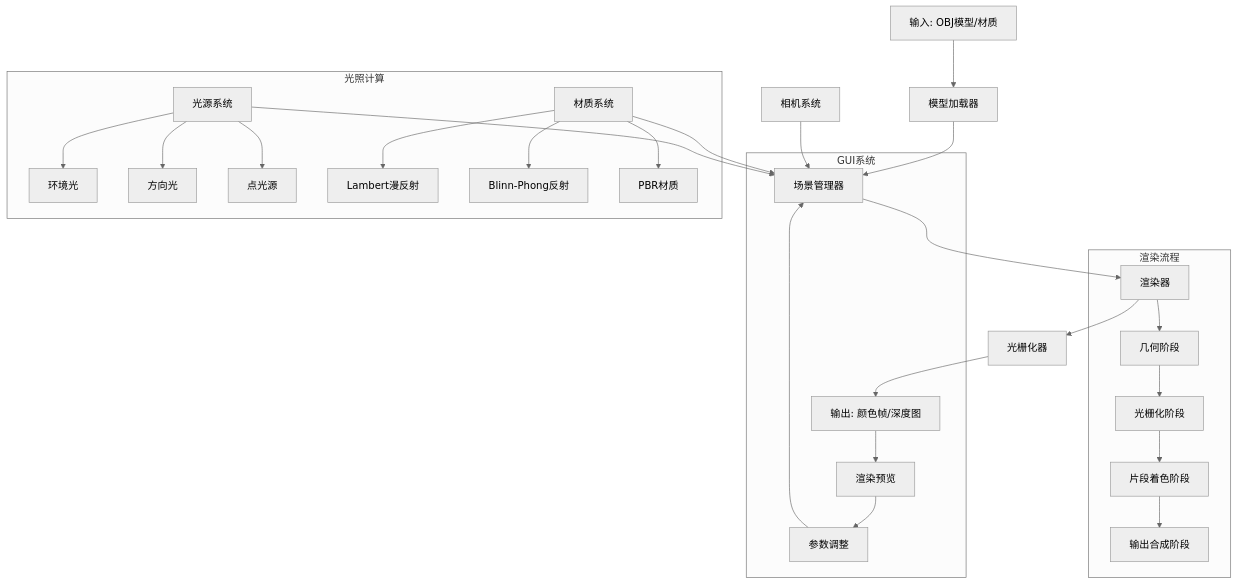
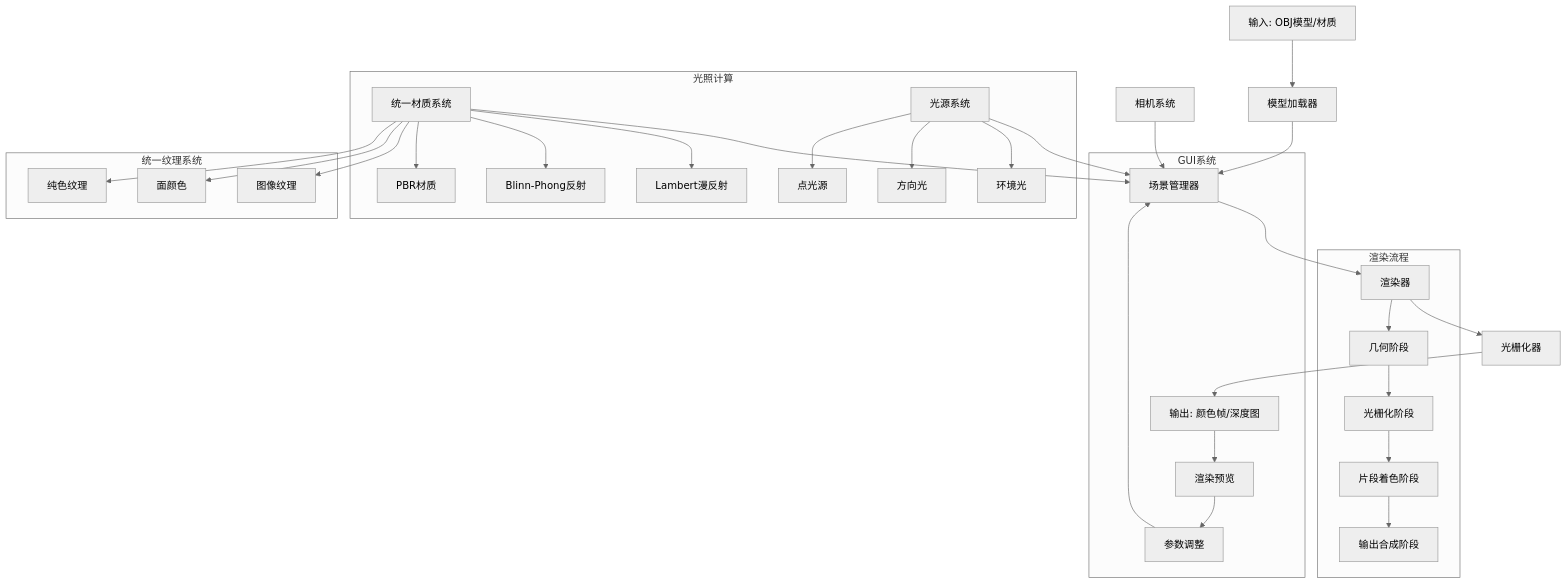
One commit to Rukkhadevata123/rasterizer-rust changed the diagram in README.md. Above: the diagram before and after it, drawn with Mermaid (neutral theme). The commit also changed other lines of this file and 27 other files, not shown here.

````diff
--- a/README.md
+++ b/README.md
@@ -288,33 +294,39 @@
 ```mermaid
 graph TD
     A[输入: OBJ模型/材质] --> B[模型加载器]
     B --> C[场景管理器]
     D[相机系统] --> C
-    E[材质系统] --> C
+    E[统一材质系统] --> C
     F[光源系统] --> C
     C --> G[渲染器]
     G --> H[光栅化器]
     H --> I[输出: 颜色帧/深度图]
     
     subgraph "渲染流程"
     G --> G1[几何阶段]
     G1 --> G2[光栅化阶段]
     G2 --> G3[片段着色阶段]
     G3 --> G4[输出合成阶段]
     end
     
     subgraph "GUI系统"
     J[egui界面] --> K[参数调整]
     K --> C
     I --> J[渲染预览]
     end
     
     subgraph "光照计算"
     F --> F1[环境光]
     F --> F2[方向光]
     F --> F3[点光源]
     E --> E1[Lambert漫反射]
     E --> E2[Blinn-Phong反射]
     E --> E3[PBR材质]
     end
+    
+    subgraph "统一纹理系统"
+    E --> T1[图像纹理]
+    E --> T2[面颜色]
+    E --> T3[纯色纹理]
+    end
 ```
````
